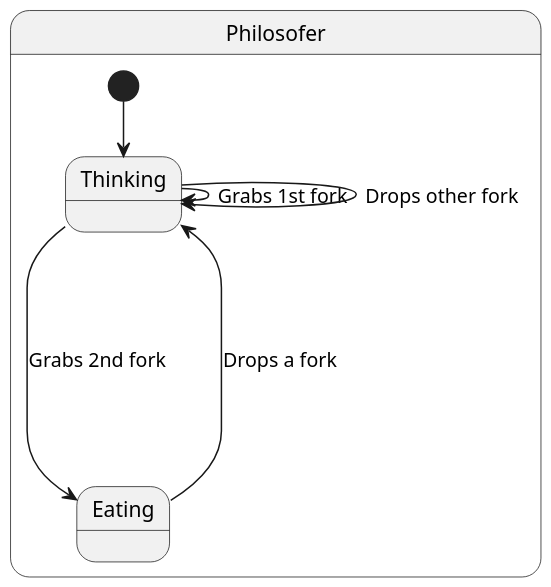
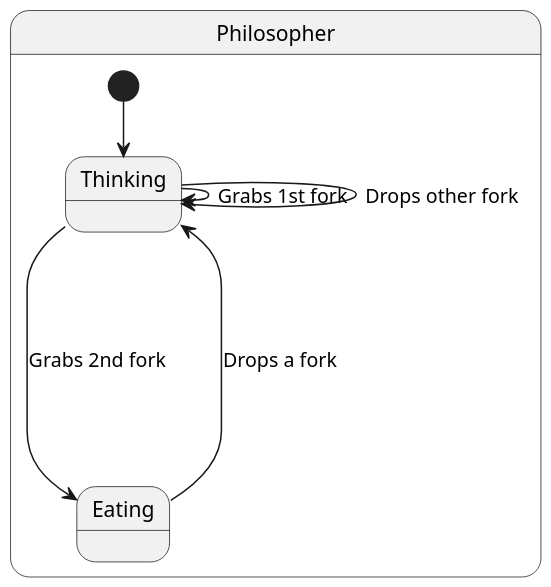
Before and after one commit to AeroTechLab/dining_philosophers: the diagram in philosopher.puml, drawn with PlantUML.

```diff
--- a/philosopher.puml
+++ b/philosopher.puml
@@ -1,12 +1,12 @@
 @startuml
 scale 550 width
 
-state Philosofer {
+state Philosopher {
   [*] --> Thinking
   Thinking --> Thinking : Grabs 1st fork
   Thinking ----> Eating : Grabs 2nd fork
   Eating -----> Thinking : Drops a fork
   Thinking --> Thinking : Drops other fork
 }
 
 @enduml
```
